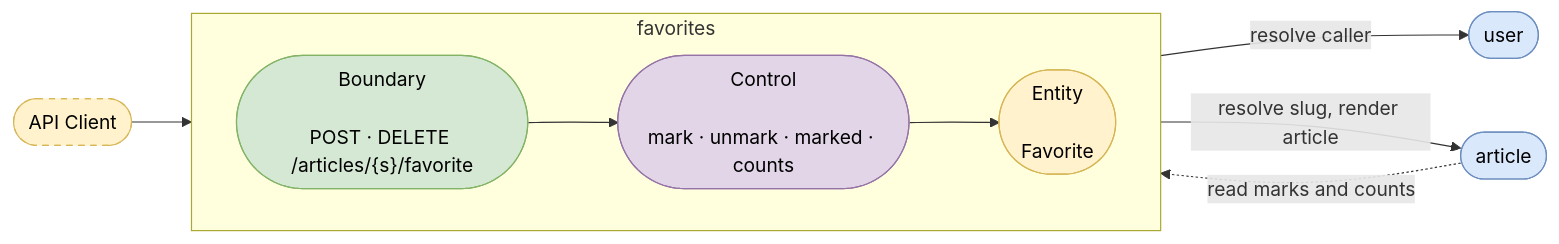
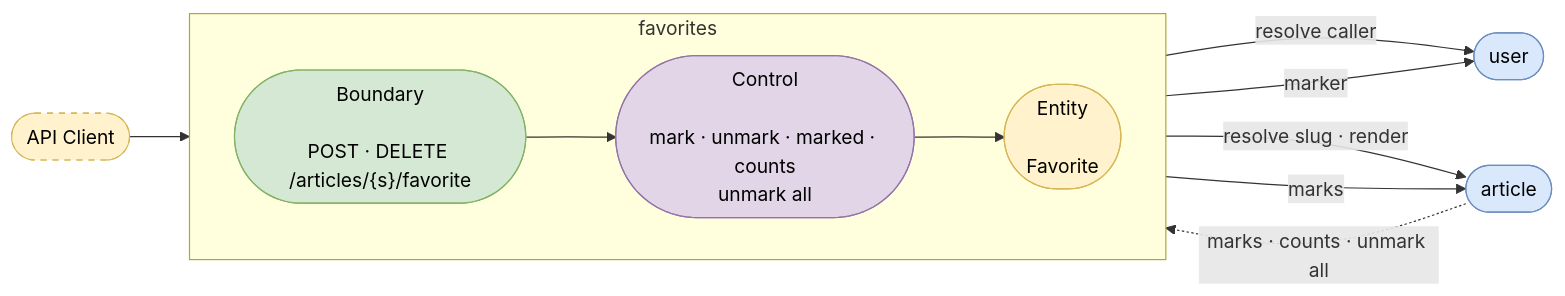
One commit to dearrudam/sdd4j-realworld-api changed the fifth of 7 diagrams in README.md. Above: the diagram before and after it, drawn with Mermaid. The commit also changed other lines of this file, not shown here.

First line of the commit message:
docs(readme): correct per-bc diagram wiring

````diff
--- a/README.md
+++ b/README.md
@@ -134,23 +143,25 @@
 ```mermaid
 graph LR
     client([API Client])
     subgraph favorites
         direction LR
-        b(["Boundary<br/><br/>POST · DELETE /articles/{s}/favorite"]) --> c(["Control<br/><br/>mark · unmark · marked · counts"]) --> e(["Entity<br/><br/>Favorite"])
+        b(["Boundary<br/><br/>POST · DELETE /articles/{s}/favorite"]) --> c(["Control<br/><br/>mark · unmark · marked · counts<br/>unmark all"]) --> e(["Entity<br/><br/>Favorite"])
     end
     client --> b
-    c -->|resolve caller| user([user])
-    c -->|resolve slug, render article| article([article])
-    article -.->|read marks and counts| c
+    b -->|resolve caller| user([user])
+    c -->|resolve slug · render| article([article])
+    e -->|marker| user
+    e -->|marks| article
+    article -.->|marks · counts · unmark all| c
 
     classDef ext fill:#fff2cc,stroke:#d6b656,color:#000,stroke-dasharray:5 5
     classDef boundary fill:#d5e8d4,stroke:#82b366,color:#000
     classDef control fill:#e1d5e7,stroke:#9673a6,color:#000
     classDef entity fill:#fff2cc,stroke:#d6b656,color:#000
     classDef bc fill:#dae8fc,stroke:#6c8ebf,color:#000
     class client ext
     class b boundary
     class c control
     class e entity
     class user,article bc
 ```
````
